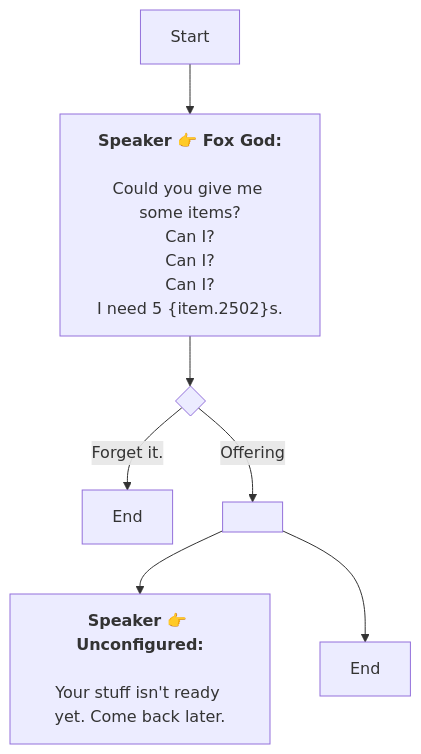
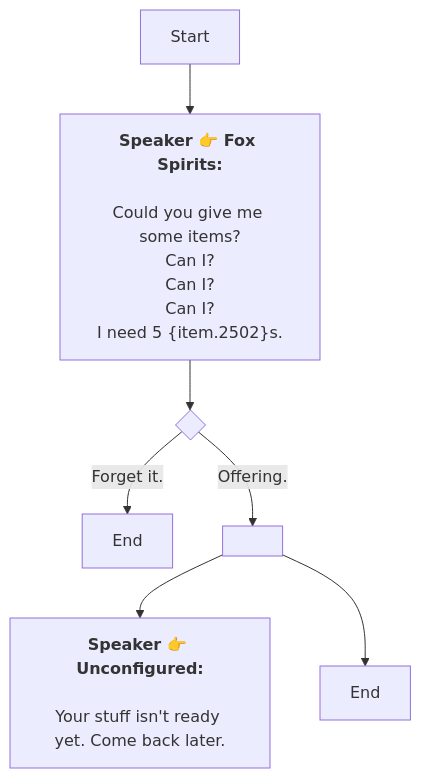
The diagram in En/Altar.md (SoftHu/tos_avg), drawn with Mermaid before and after one commit. The commit also changed 312 other files, not shown here.

````diff
--- a/En/Altar.md
+++ b/En/Altar.md
@@ -1,18 +1,18 @@
 ```mermaid
 graph
-Start -->1747217079082489[<b>Speaker 👉 Fox God:</b>
+Start -->1747217079082489[<b>Speaker 👉 Fox Spirits:</b>
 
 Could you give me some items?
 Can I?
 Can I?
 Can I?
 I need 5 &lbrace;item.2502&rbrace;s.]
 1747217079082489 -->1747217356832250{ }
 1747217356832250 -->|Forget it.|1747217418224127[End]
-1747217356832250 -->|Offering|1747217426350592[ ]
+1747217356832250 -->|Offering.|1747217426350592[ ]
 1747217426350592 -->1747217442807297[<b>Speaker 👉 Unconfigured:</b>
 
 Your stuff isn't ready yet. Come back later.]
 1747217426350592 -->1747217504330242[End]
 
  ```
````
